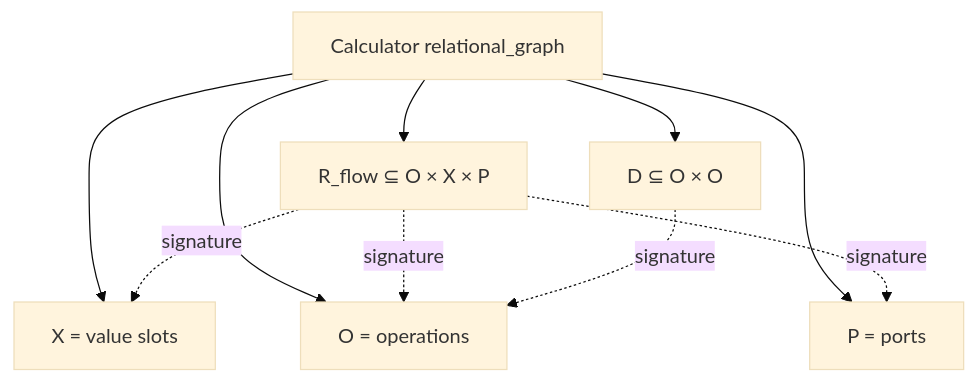
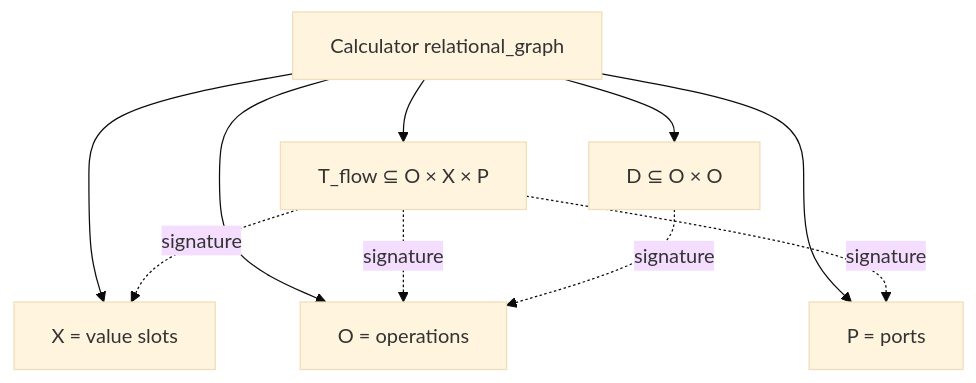
One commit to komahanb/unstructured-finite-volume changed the sixth of 14 diagrams in test/calculator-tower/README.md. Above: the diagram before and after it, drawn with Mermaid (base theme). The commit also changed other lines of this file and 62 other files, not shown here.

````diff
--- a/test/calculator-tower/README.md
+++ b/test/calculator-tower/README.md
@@ -356,22 +356,22 @@
 ```mermaid
 flowchart TB
-    G["Calculator relational_graph"]
+    GAMMA["Calculator relational_graph"]
 
     X["X = value slots"]
     O["O = operations"]
     P["P = ports"]
 
-    R["R_flow ⊆ O × X × P"]
+    T["T_flow ⊆ O × X × P"]
     D["D ⊆ O × O"]
 
-    G --> X
-    G --> O
-    G --> P
-    G --> R
-    G --> D
+    GAMMA --> X
+    GAMMA --> O
+    GAMMA --> P
+    GAMMA --> T
+    GAMMA --> D
 
-    R -.signature.-> O
-    R -.signature.-> X
-    R -.signature.-> P
+    T -.signature.-> O
+    T -.signature.-> X
+    T -.signature.-> P
     D -.signature.-> O
 ```
````
